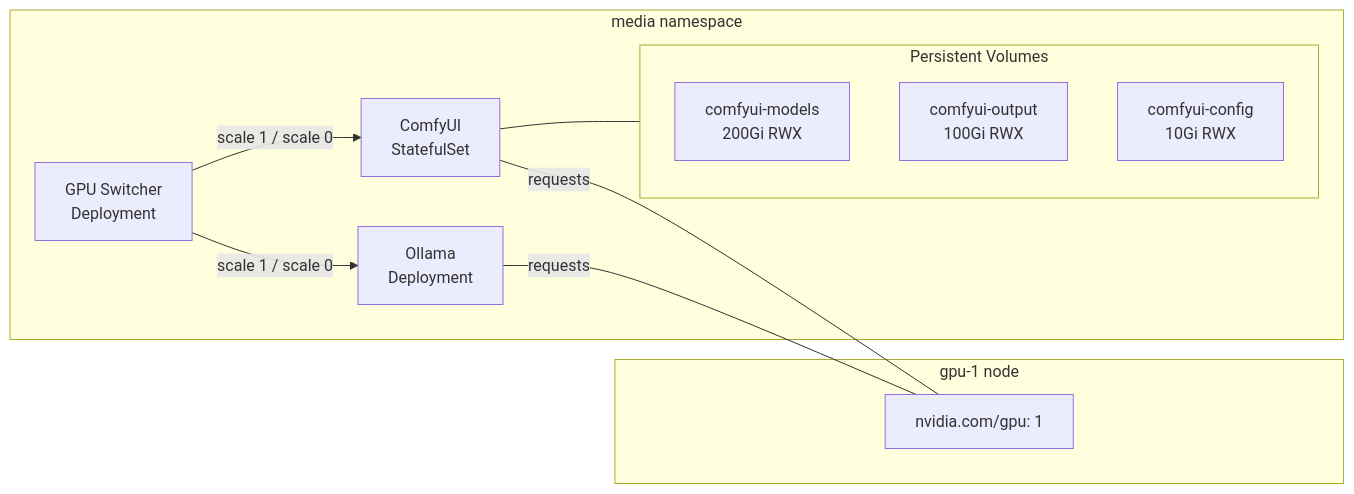
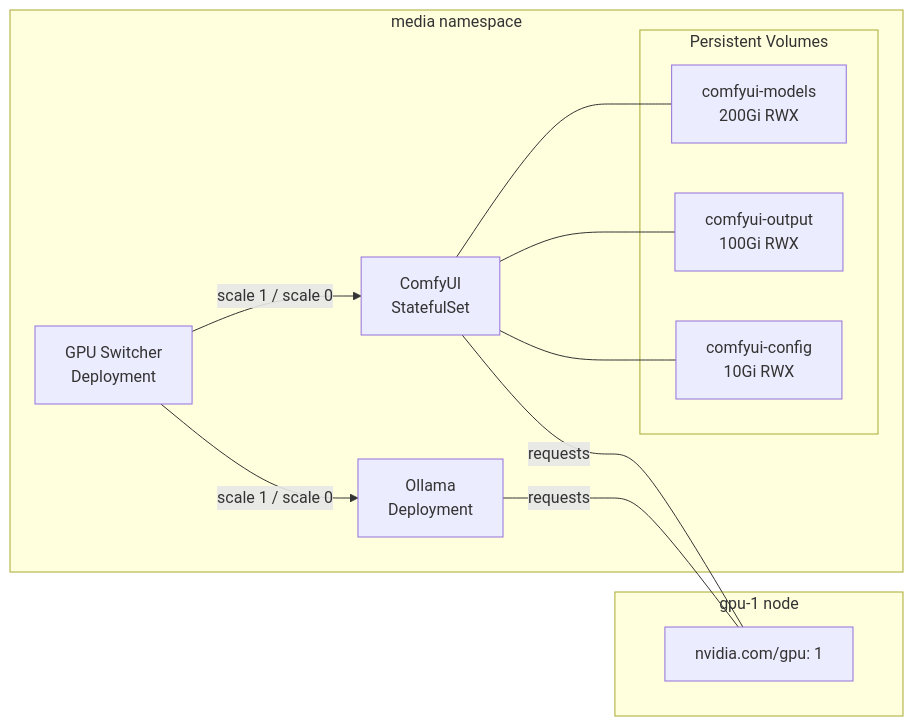
Before and after one commit to derio-net/frank: the diagram in blog/content/docs/operating/10-media-generation/index.md, drawn with Mermaid. The commit also changed 52 other files, not shown here.

````diff
--- a/blog/content/docs/operating/10-media-generation/index.md
+++ b/blog/content/docs/operating/10-media-generation/index.md
@@ -33,25 +33,27 @@
 ```mermaid
 graph LR
     subgraph media["media namespace"]
         gs["GPU Switcher<br/>Deployment"]
         cfy["ComfyUI<br/>StatefulSet"]
         vol["Ollama<br/>Deployment"]
 
         subgraph pvcs["Persistent Volumes"]
             pvcM["comfyui-models<br/>200Gi RWX"]
             pvcO["comfyui-output<br/>100Gi RWX"]
             pvcC["comfyui-config<br/>10Gi RWX"]
         end
 
-        cfy --- pvcs
+        cfy --- pvcM
+        cfy --- pvcO
+        cfy --- pvcC
     end
 
     subgraph gpunode["gpu-1 node"]
         gpu["nvidia.com/gpu: 1"]
     end
 
     gs -->|scale 1 / scale 0| cfy
     gs -->|scale 1 / scale 0| vol
     cfy ---|requests| gpu
     vol ---|requests| gpu
 ```
````
